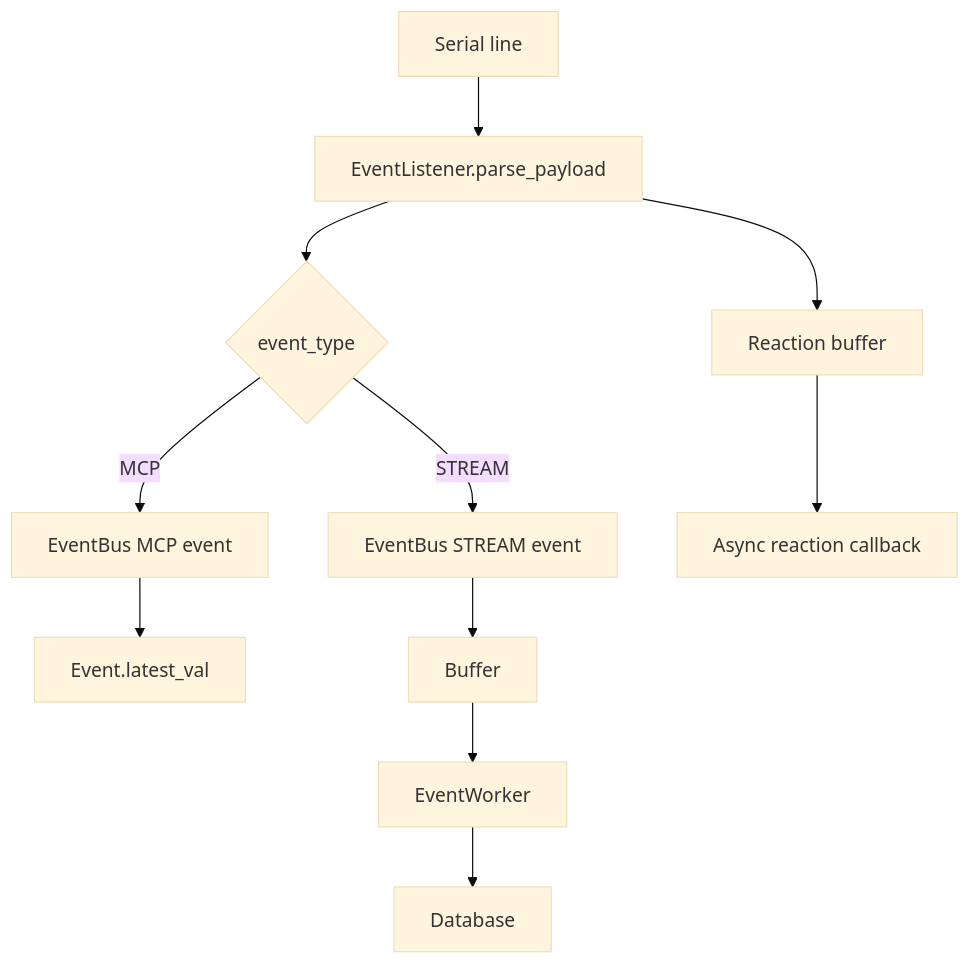
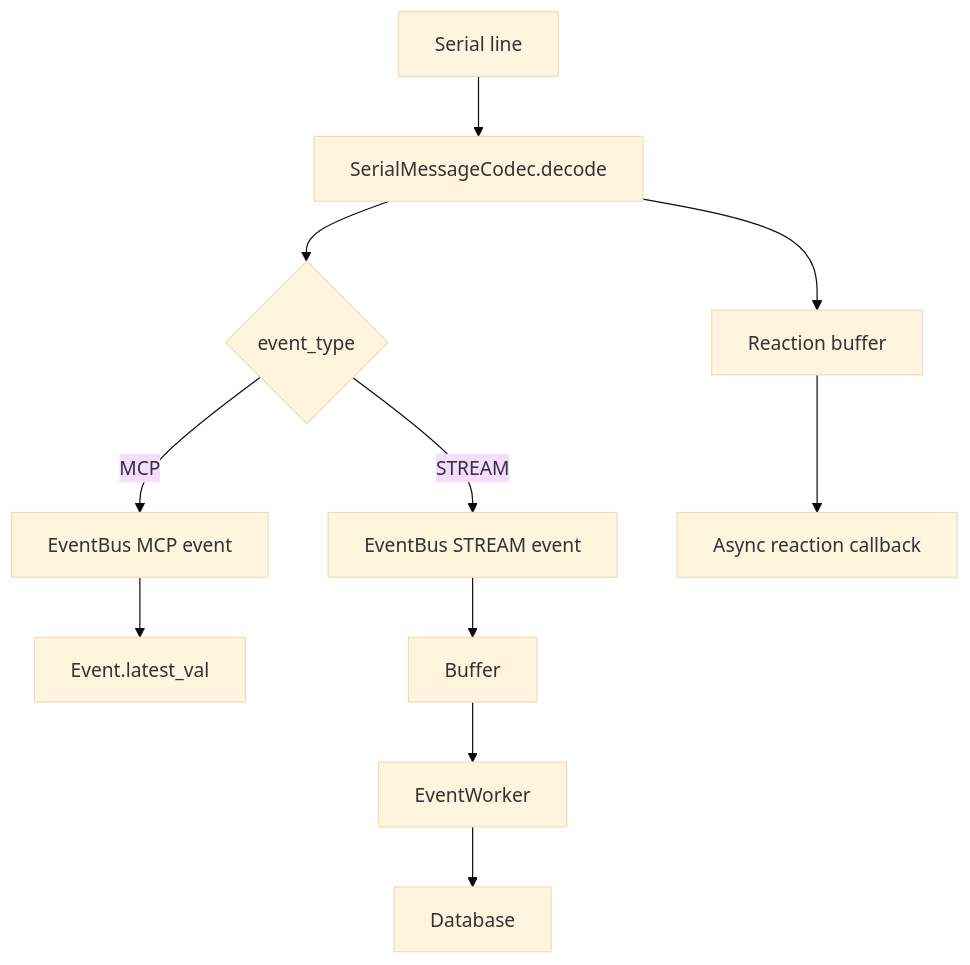
Before and after one commit to BaronLiu1993/gerbera: the first of 2 diagrams in src/gerbera_sdk/events/README.md, drawn with Mermaid (base theme). The commit also changed other lines of this file and 19 other files, not shown here.

````diff
--- a/src/gerbera_sdk/events/README.md
+++ b/src/gerbera_sdk/events/README.md
@@ -36,13 +36,13 @@
 ```mermaid
 flowchart TD
-    A[Serial line] --> B[EventListener.parse_payload]
+    A[Serial line] --> B[SerialMessageCodec.decode]
     B --> C{event_type}
     C -->|MCP| D[EventBus MCP event]
     C -->|STREAM| E[EventBus STREAM event]
     D --> F[Event.latest_val]
     E --> G[Buffer]
     B --> R[Reaction buffer]
     R --> S[Async reaction callback]
     G --> H[EventWorker]
     H --> I[Database]
 ```
````
